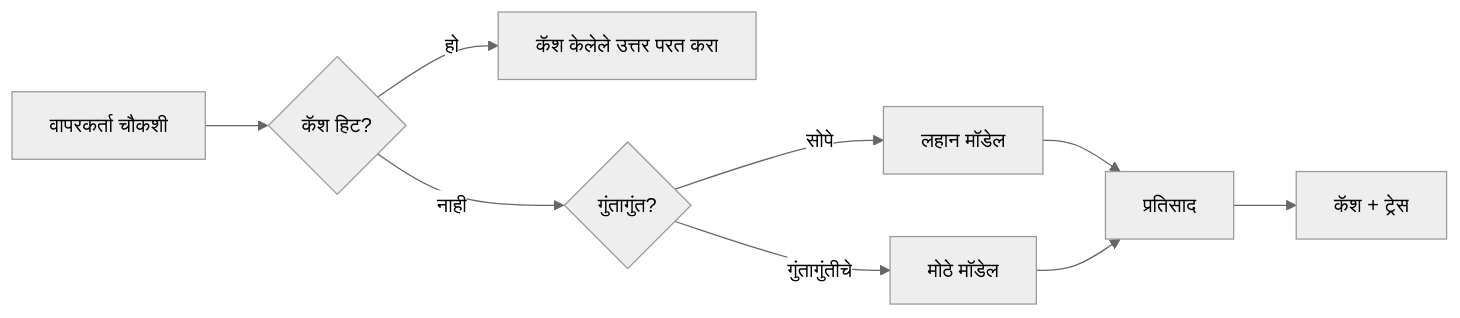
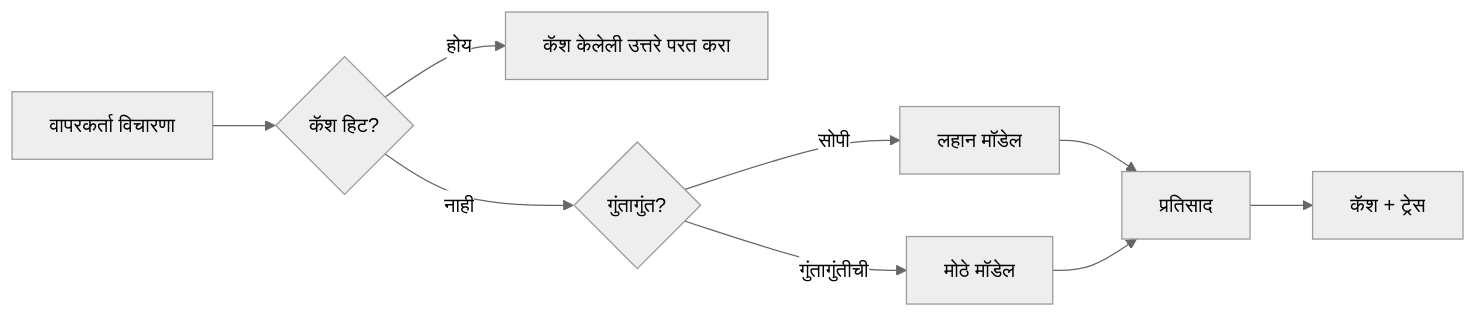
The third of 4 diagrams in mirrors/repos/microsoft@ai-agents-for-beginners/translations/mr/16-deploying-scalable-agents/README.md (gabrielmoreira/agent-skills-mirror), drawn with Mermaid (neutral theme) before and after one commit. The commit also changed other lines of this file and 4262 other files, not shown here.

````diff
--- a/mirrors/repos/microsoft@ai-agents-for-beginners/translations/mr/16-deploying-scalable-agents/README.md
+++ b/mirrors/repos/microsoft@ai-agents-for-beginners/translations/mr/16-deploying-scalable-agents/README.md
@@ -134,11 +134,11 @@
 ```mermaid
 flowchart LR
-    Q[वापरकर्ता चौकशी] --> C{कॅश हिट?}
-    C -->|हो| R[कॅश केलेले उत्तर परत करा]
+    Q[वापरकर्ता विचारणा] --> C{कॅश हिट?}
+    C -->|होय| R[कॅश केलेली उत्तरे परत करा]
     C -->|नाही| Router{गुंतागुंत?}
-    Router -->|सोपे| SLM[लहान मॉडेल]
-    Router -->|गुंतागुंतीचे| LLM[मोठे मॉडेल]
+    Router -->|सोपी| SLM[लहान मॉडेल]
+    Router -->|गुंतागुंतीची| LLM[मोठे मॉडेल]
     SLM --> Out[प्रतिसाद]
     LLM --> Out
     Out --> Store[कॅश + ट्रेस]
 ```
````
